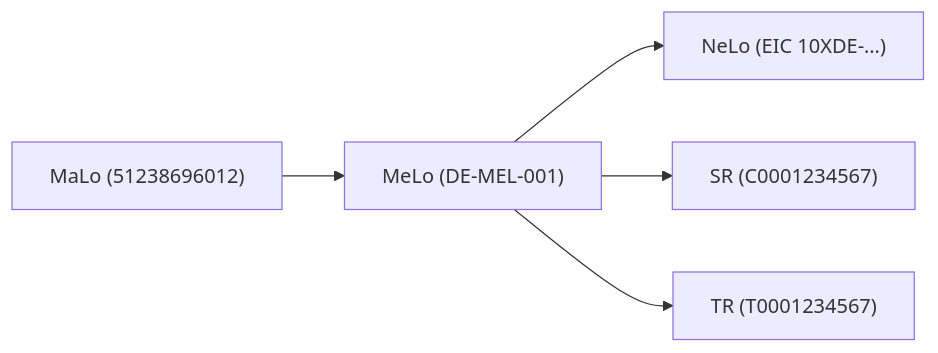
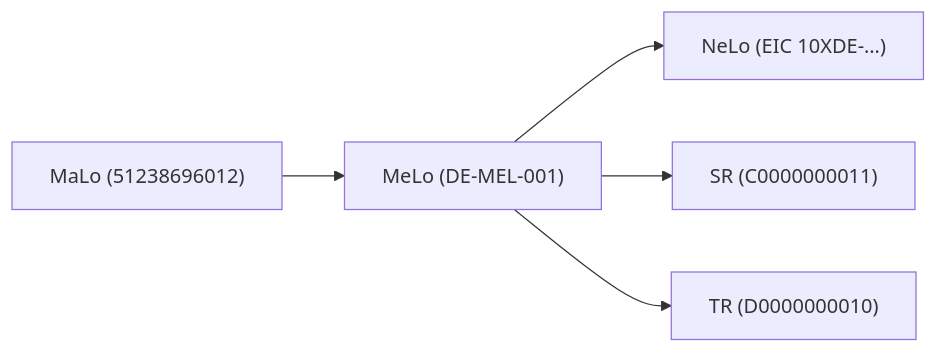
Before and after one commit to hupe1980/mako: the sixth of 6 diagrams in site/content/docs/services/marktd.md, drawn with Mermaid. The commit also changed other lines of this file and 490 other files, not shown here.

````diff
--- a/site/content/docs/services/marktd.md
+++ b/site/content/docs/services/marktd.md
@@ -2236,7 +2426,7 @@
 ```mermaid
 graph LR
     MaLo["MaLo (51238696012)"] --> MeLo["MeLo (DE-MEL-001)"]
     MeLo --> NeLo["NeLo (EIC 10XDE-…)"]
-    MeLo --> SR["SR (C0001234567)"]
-    MeLo --> TR["TR (T0001234567)"]
+    MeLo --> SR["SR (C0000000011)"]
+    MeLo --> TR["TR (D0000000010)"]
 ```
````
